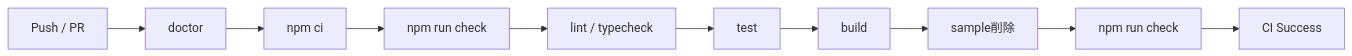
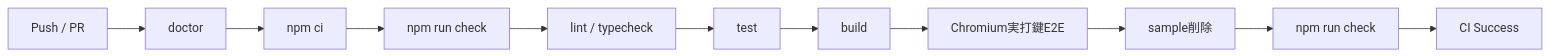
One commit to k-systems202208/nextjs-supabase-vercel-webapp-template changed the second of 4 diagrams in docs/DEVELOPMENT.md. Above: the diagram before and after it, drawn with Mermaid. The commit also changed other lines of this file and 20 other files, not shown here.

````diff
--- a/docs/DEVELOPMENT.md
+++ b/docs/DEVELOPMENT.md
@@ -56,12 +66,13 @@
 ```mermaid
 flowchart LR
     P["Push / PR"] --> D["doctor"]
     D --> I["npm ci"]
     I --> Q["npm run check"]
     Q --> L["lint / typecheck"]
     L --> T["test"]
     T --> B["build"]
-    B --> S["sample削除"]
+    B --> E2E["Chromium実打鍵E2E"]
+    E2E --> S["sample削除"]
     S --> Q2["npm run check"]
     Q2 --> OK["CI Success"]
 ```
````
